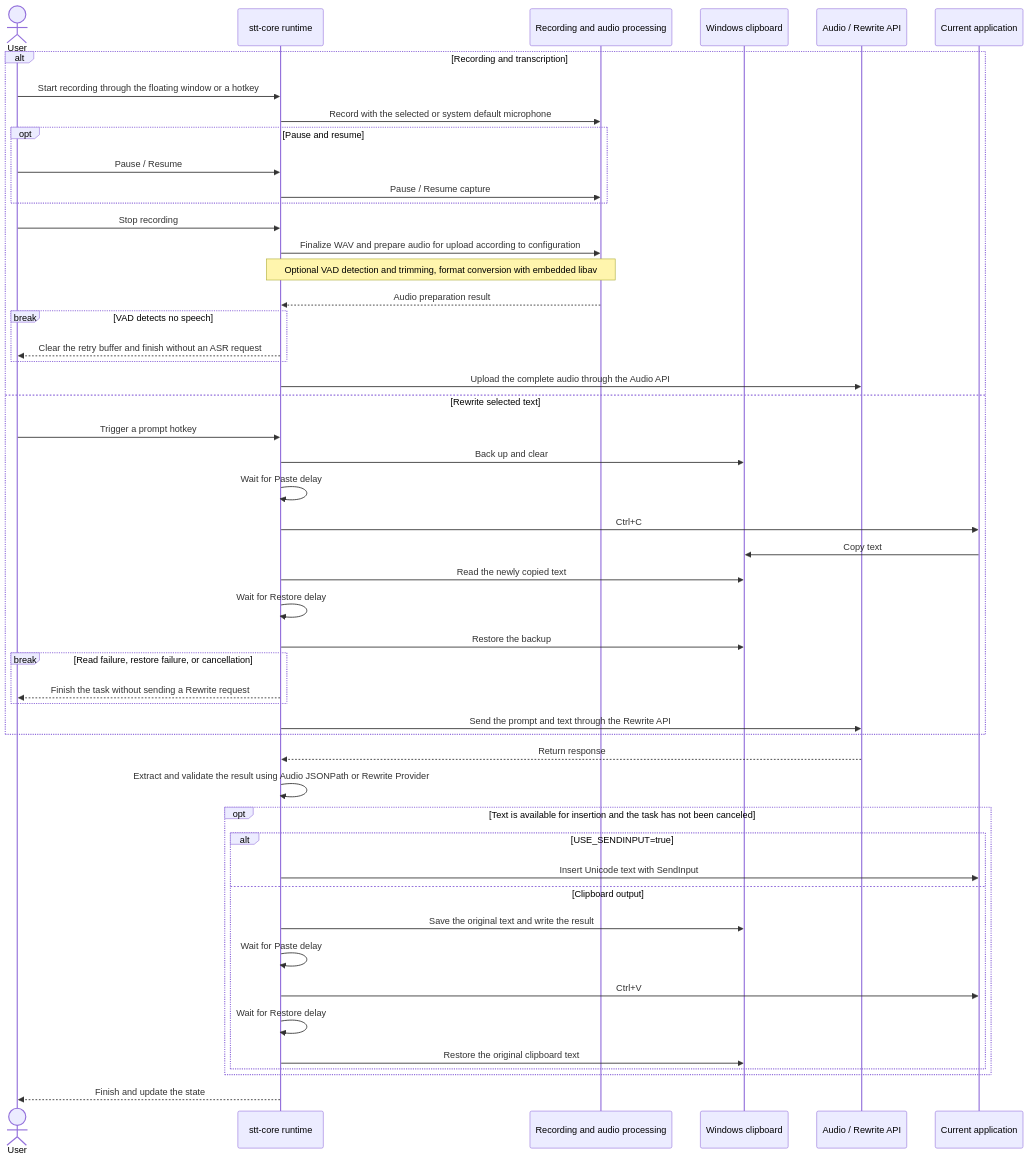
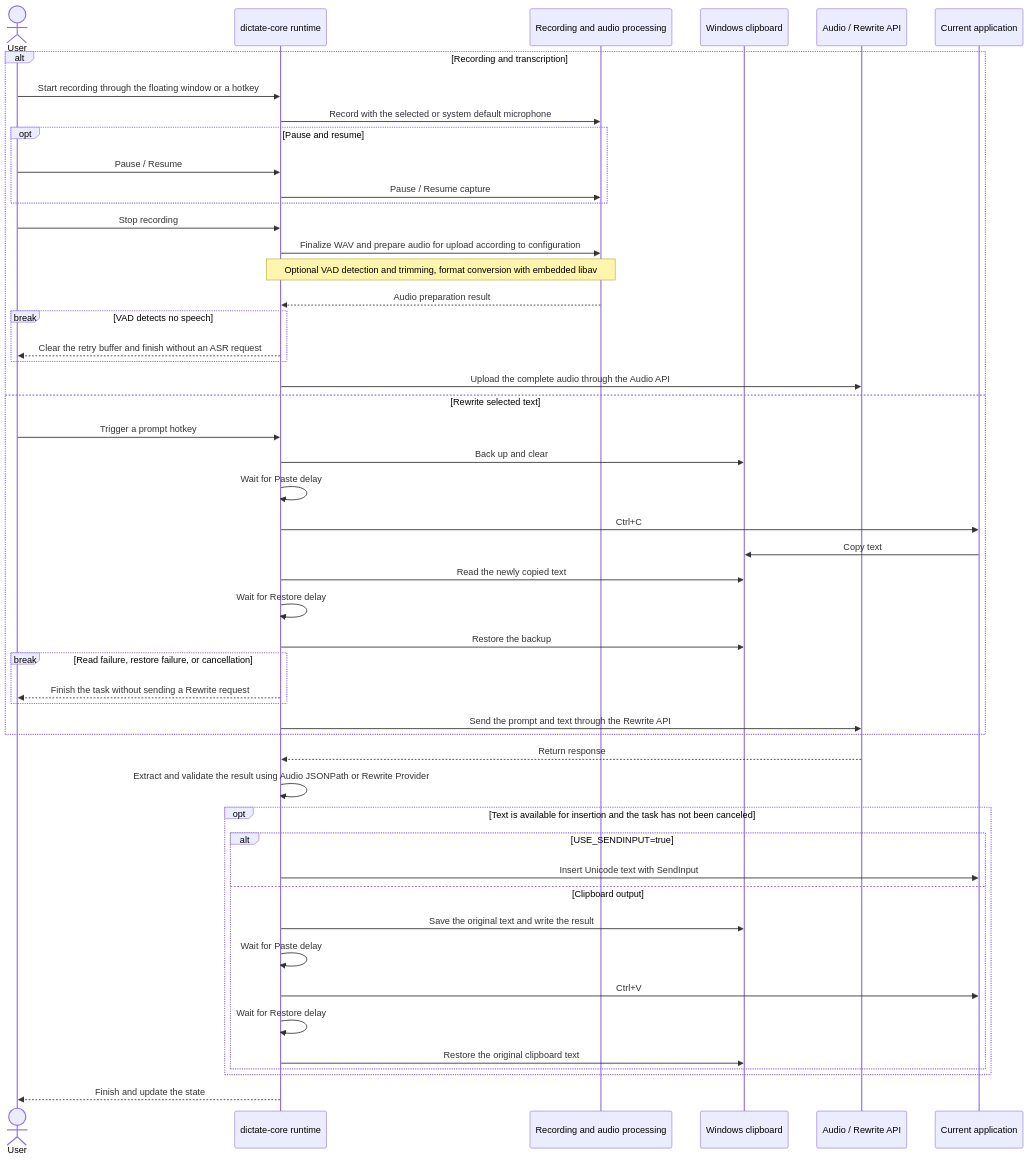
One commit to Joey-Kot/Dictate-for-Windows changed the second of 3 diagrams in README.md. Above: the diagram before and after it, drawn with Mermaid. The commit also changed other lines of this file and 97 other files, not shown here.

````diff
--- a/README.md
+++ b/README.md
@@ -81,54 +81,54 @@
 ```mermaid
 sequenceDiagram
     actor User as User
-    participant Core as stt-core runtime
+    participant Core as dictate-core runtime
     participant Audio as Recording and audio processing
     participant Clipboard as Windows clipboard
     participant API as Audio / Rewrite API
     participant App as Current application
 
     alt Recording and transcription
         User->>Core: Start recording through the floating window or a hotkey
         Core->>Audio: Record with the selected or system default microphone
         opt Pause and resume
             User->>Core: Pause / Resume
             Core->>Audio: Pause / Resume capture
         end
         User->>Core: Stop recording
         Core->>Audio: Finalize WAV and prepare audio for upload according to configuration
         Note over Core,Audio: Optional VAD detection and trimming, format conversion with embedded libav
         Audio-->>Core: Audio preparation result
         break VAD detects no speech
             Core-->>User: Clear the retry buffer and finish without an ASR request
         end
         Core->>API: Upload the complete audio through the Audio API
     else Rewrite selected text
         User->>Core: Trigger a prompt hotkey
         Core->>Clipboard: Back up and clear
         Core->>Core: Wait for Paste delay
         Core->>App: Ctrl+C
         App->>Clipboard: Copy text
         Core->>Clipboard: Read the newly copied text
         Core->>Core: Wait for Restore delay
         Core->>Clipboard: Restore the backup
         break Read failure, restore failure, or cancellation
             Core-->>User: Finish the task without sending a Rewrite request
         end
         Core->>API: Send the prompt and text through the Rewrite API
     end
 
     API-->>Core: Return response
     Core->>Core: Extract and validate the result using Audio JSONPath or Rewrite Provider
     opt Text is available for insertion and the task has not been canceled
         alt USE_SENDINPUT=true
             Core->>App: Insert Unicode text with SendInput
         else Clipboard output
             Core->>Clipboard: Save the original text and write the result
             Core->>Core: Wait for Paste delay
             Core->>App: Ctrl+V
             Core->>Core: Wait for Restore delay
             Core->>Clipboard: Restore the original clipboard text
         end
     end
     Core-->>User: Finish and update the state
 ```
````
